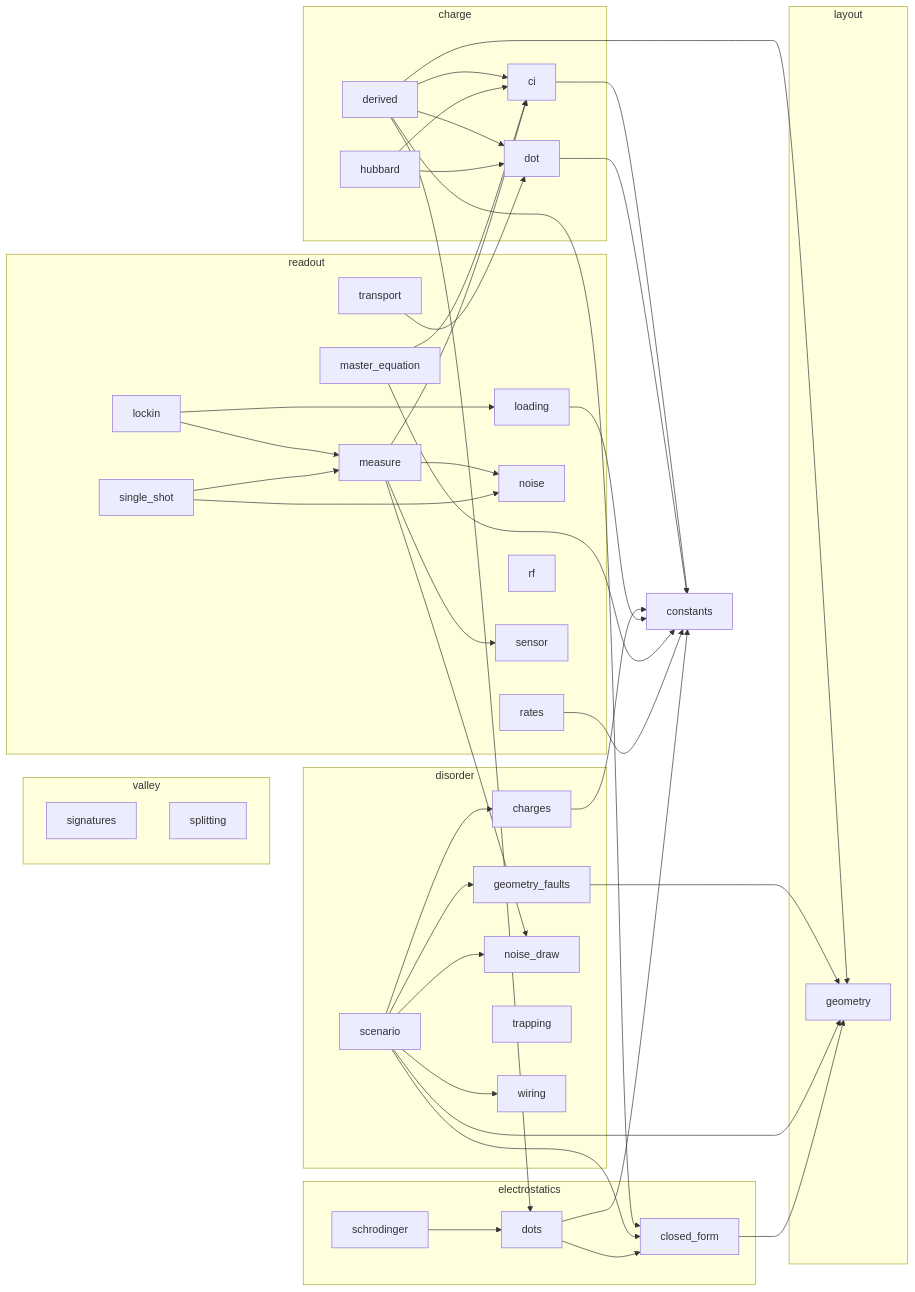
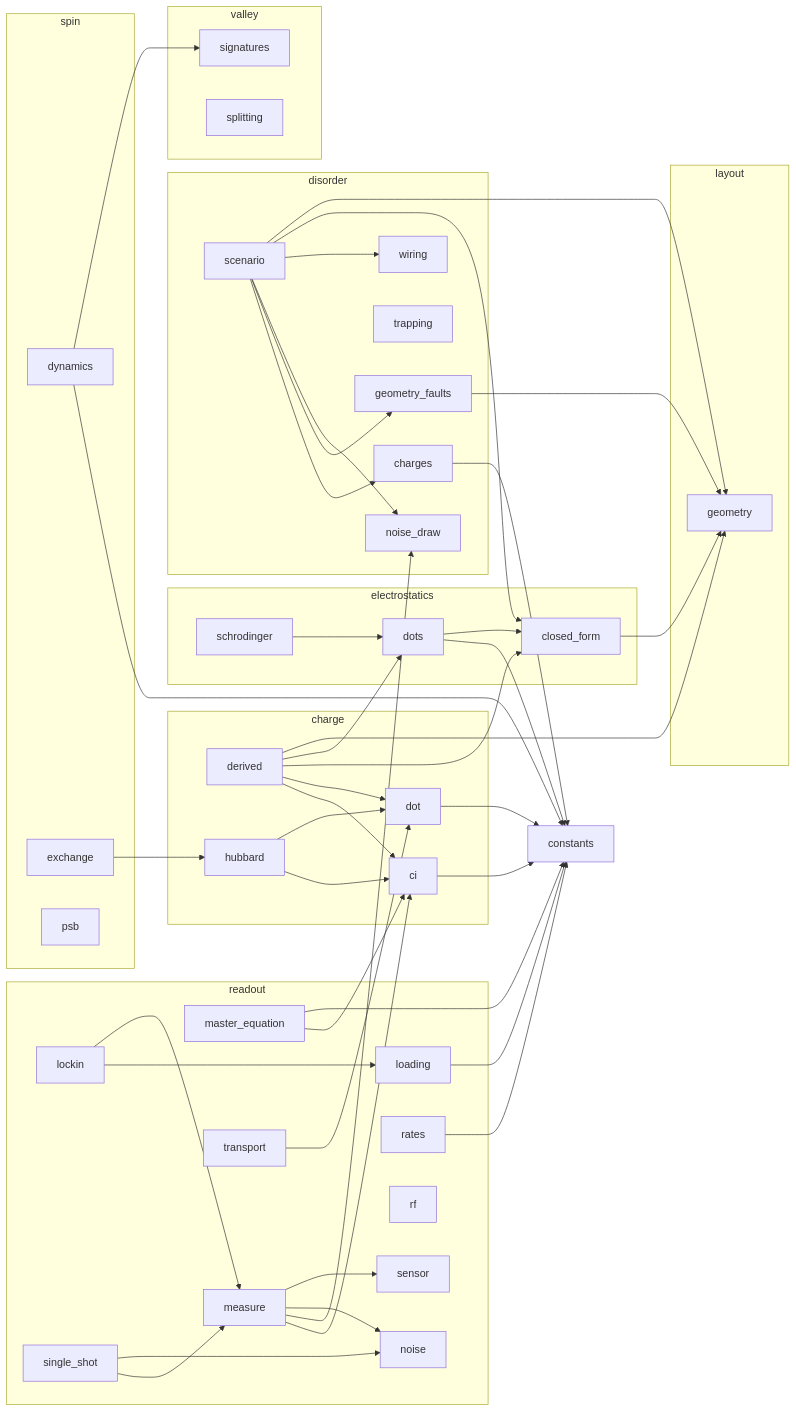
The second of 2 diagrams in docs/MODELS.md (CowboyQuantum/phantom), drawn with Mermaid before and after one commit. The commit also changed other lines of this file and 24 other files, not shown here.

First line of the commit message:
feat(spin): exchange from the Hubbard sector, Lindblad spin dynamics with quasi-static noise, Pauli spin blockade with the valley draw (Step 6, first PR)

````diff
--- a/docs/MODELS.md
+++ b/docs/MODELS.md
@@ -200,6 +215,11 @@
     readout_single_shot["single_shot"]
     readout_transport["transport"]
   end
+  subgraph spin
+    spin_dynamics["dynamics"]
+    spin_exchange["exchange"]
+    spin_psb["psb"]
+  end
   charge_ci --> constants
   charge_derived --> charge_ci
   charge_derived --> charge_dot
@@ -234,4 +254,7 @@
   readout_single_shot --> readout_measure
   readout_single_shot --> readout_noise
   readout_transport --> charge_dot
+  spin_dynamics --> constants
+  spin_dynamics --> valley_signatures
+  spin_exchange --> charge_hubbard
 ```
````
